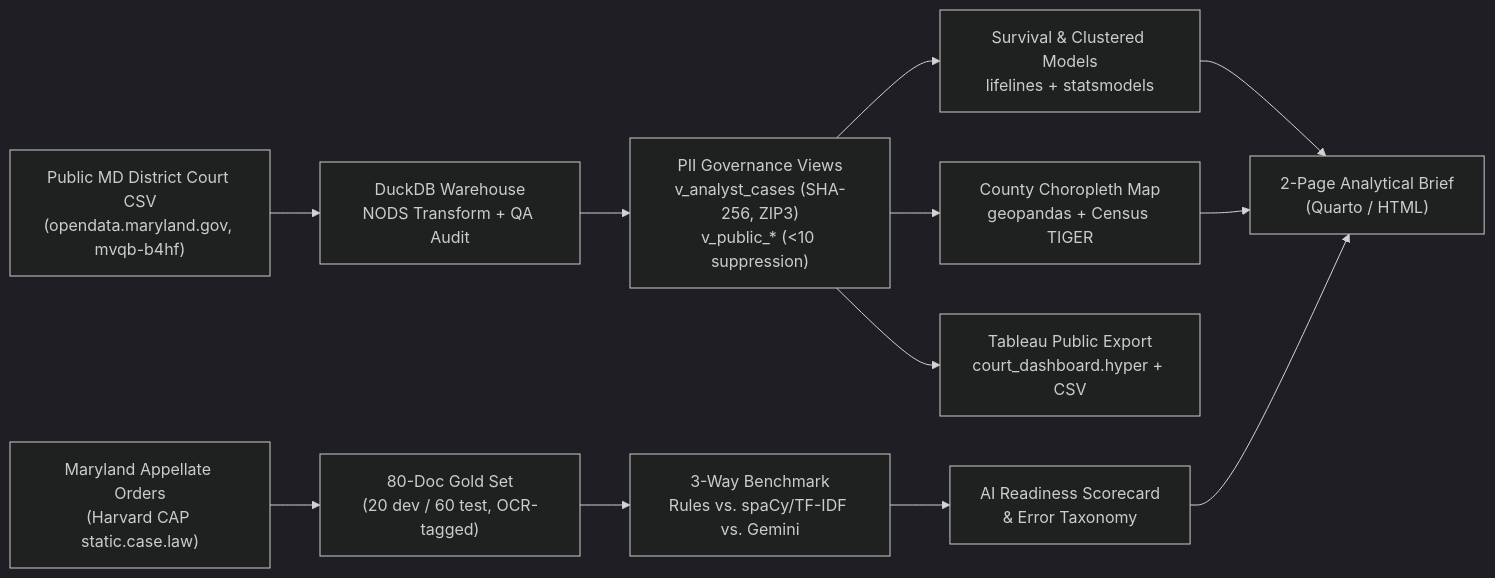
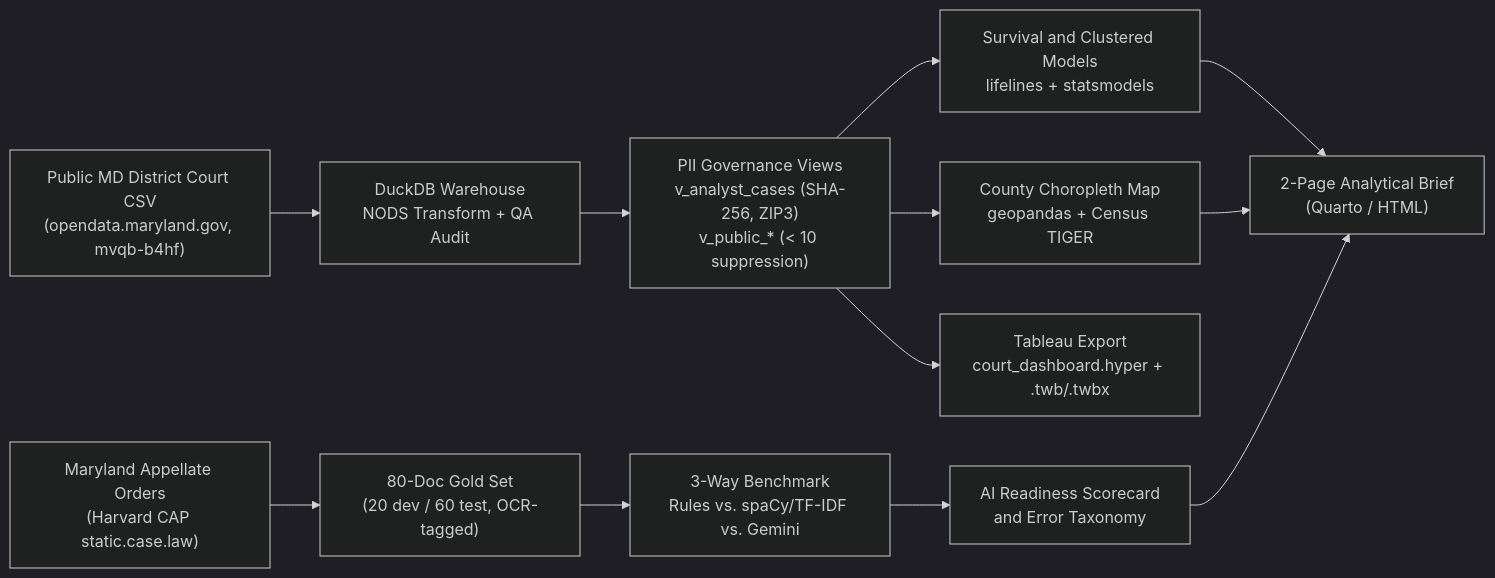
One commit to mhadeli/open-court-analytics changed the diagram in README.md. Above: the diagram before and after it, drawn with Mermaid (dark theme). The commit also changed other lines of this file, not shown here.

````diff
--- a/README.md
+++ b/README.md
@@ -9,13 +14,13 @@
 ```mermaid
 flowchart LR
     A["Public MD District Court CSV<br/>(opendata.maryland.gov, mvqb-b4hf)"] --> B["DuckDB Warehouse<br/>NODS Transform + QA Audit"]
-    B --> C["PII Governance Views<br/>v_analyst_cases (SHA-256, ZIP3)<br/>v_public_* (&lt;10 suppression)"]
-    C --> D["Survival &amp; Clustered Models<br/>lifelines + statsmodels"]
+    B --> C["PII Governance Views<br/>v_analyst_cases (SHA-256, ZIP3)<br/>v_public_* (< 10 suppression)"]
+    C --> D["Survival and Clustered Models<br/>lifelines + statsmodels"]
     C --> E["County Choropleth Map<br/>geopandas + Census TIGER"]
-    C --> F["Tableau Public Export<br/>court_dashboard.hyper + CSV"]
+    C --> F["Tableau Export<br/>court_dashboard.hyper + .twb/.twbx"]
 
     G["Maryland Appellate Orders<br/>(Harvard CAP static.case.law)"] --> H["80-Doc Gold Set<br/>(20 dev / 60 test, OCR-tagged)"]
     H --> I["3-Way Benchmark<br/>Rules vs. spaCy/TF-IDF vs. Gemini"]
-    I --> J["AI Readiness Scorecard<br/>&amp; Error Taxonomy"]
+    I --> J["AI Readiness Scorecard<br/>and Error Taxonomy"]
     D & E & J --> K["2-Page Analytical Brief<br/>(Quarto / HTML)"]
 ```
````
